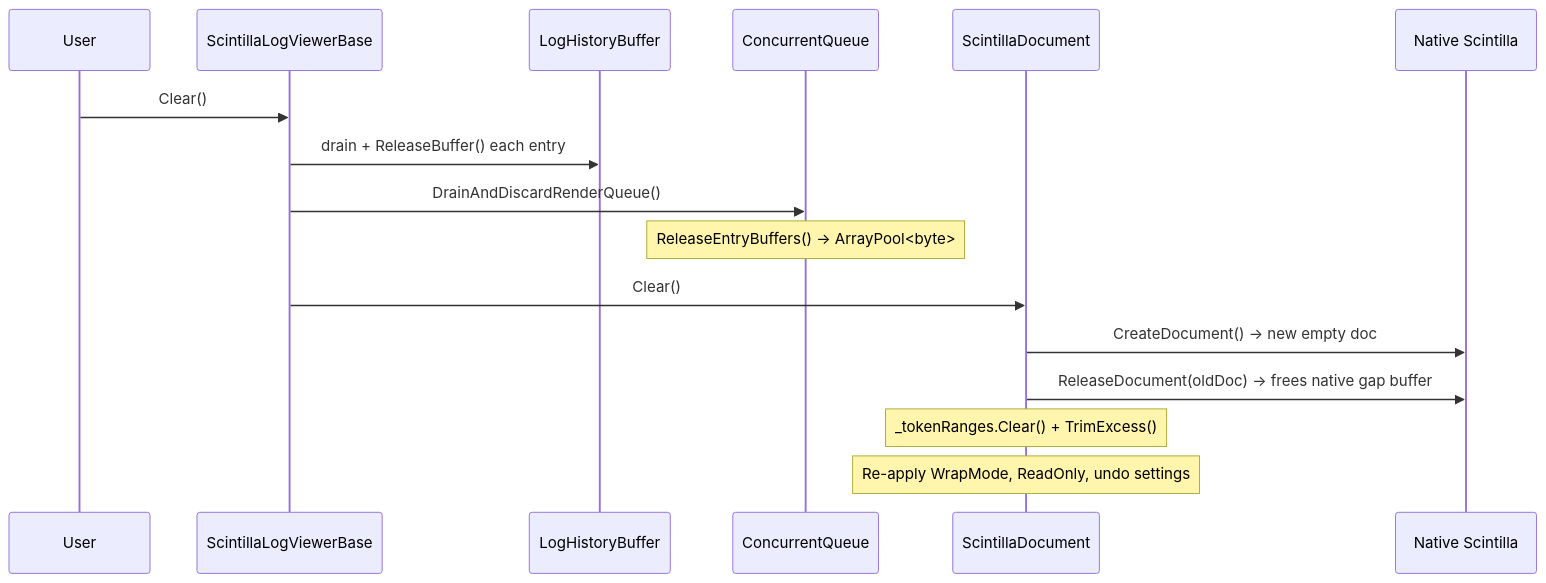
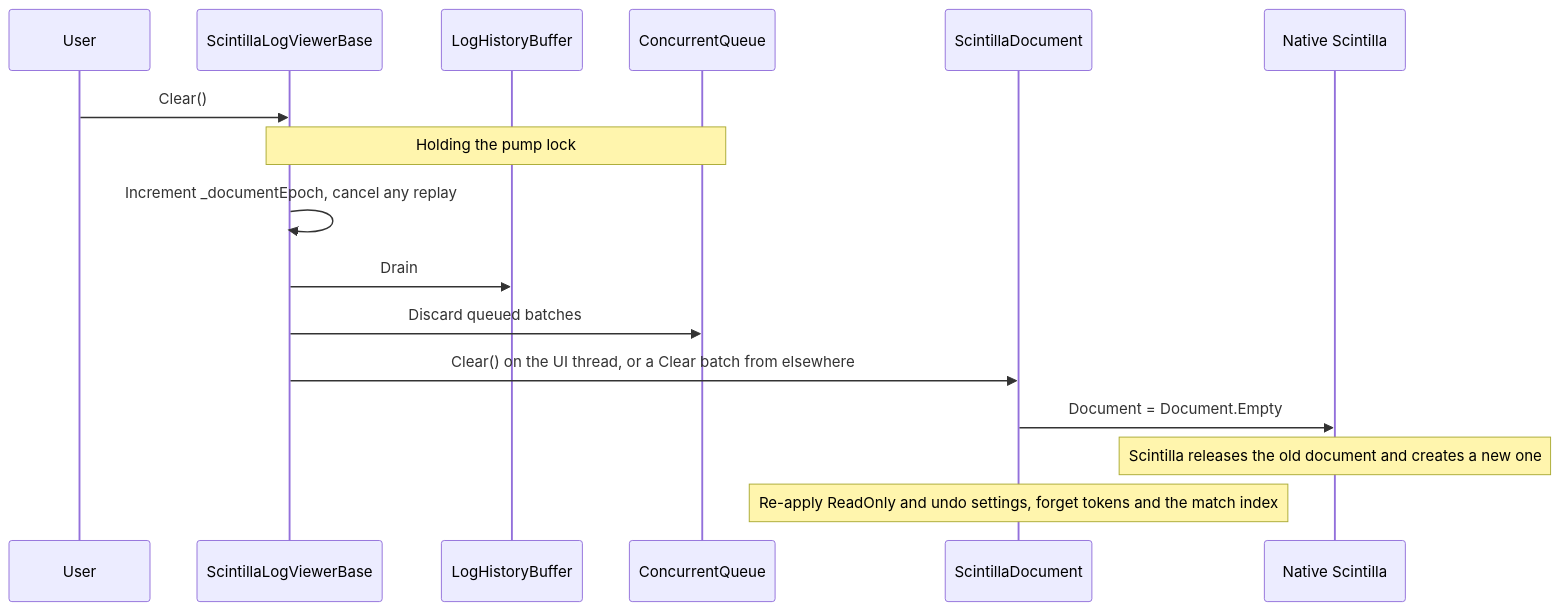
The seventh of 8 diagrams in docs/architecture.md (trgiangv/ZLogger.Scintilla), drawn with Mermaid before and after one commit. The commit also changed other lines of this file and 6 other files, not shown here.

````diff
--- a/docs/architecture.md
+++ b/docs/architecture.md
@@ -318,19 +352,19 @@
 ```mermaid
 sequenceDiagram
     participant User
     participant Base as ScintillaLogViewerBase
     participant Hist as LogHistoryBuffer
     participant Queue as ConcurrentQueue
     participant Doc as ScintillaDocument
     participant Native as Native Scintilla
 
     User->>Base: Clear()
-    Base->>Hist: drain + ReleaseBuffer() each entry
-    Base->>Queue: DrainAndDiscardRenderQueue()
-    Note over Queue: ReleaseEntryBuffers() → ArrayPool<byte>
-    Base->>Doc: Clear()
-    Doc->>Native: CreateDocument() → new empty doc
-    Doc->>Native: ReleaseDocument(oldDoc) → frees native gap buffer
-    Note over Doc: _tokenRanges.Clear() + TrimExcess()
-    Note over Doc: Re-apply WrapMode, ReadOnly, undo settings
+    Note over Base,Queue: Holding the pump lock
+    Base->>Base: Increment _documentEpoch, cancel any replay
+    Base->>Hist: Drain
+    Base->>Queue: Discard queued batches
+    Base->>Doc: Clear() on the UI thread, or a Clear batch from elsewhere
+    Doc->>Native: Document = Document.Empty
+    Note over Native: Scintilla releases the old document and creates a new one
+    Note over Doc: Re-apply ReadOnly and undo settings, forget tokens and the match index
 ```
````
